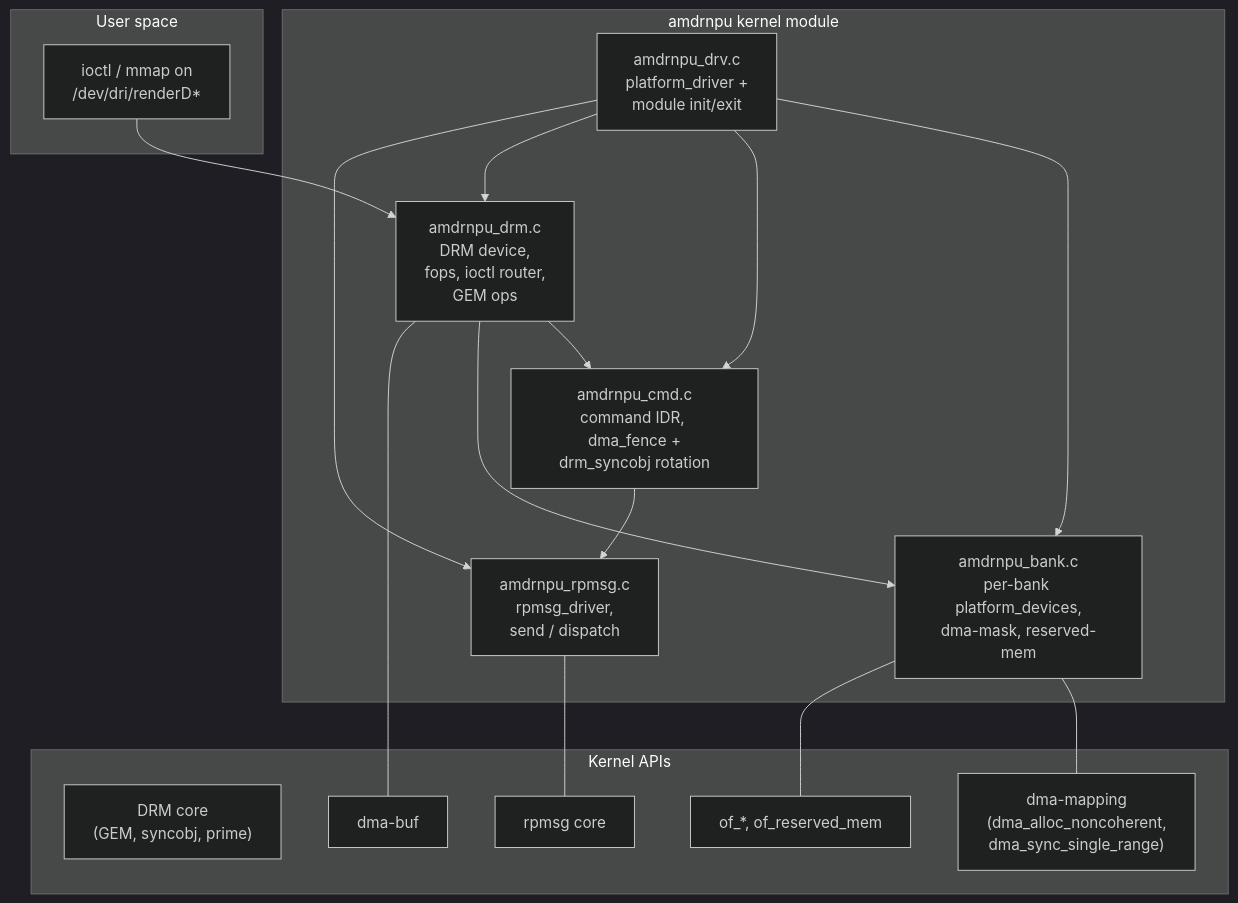
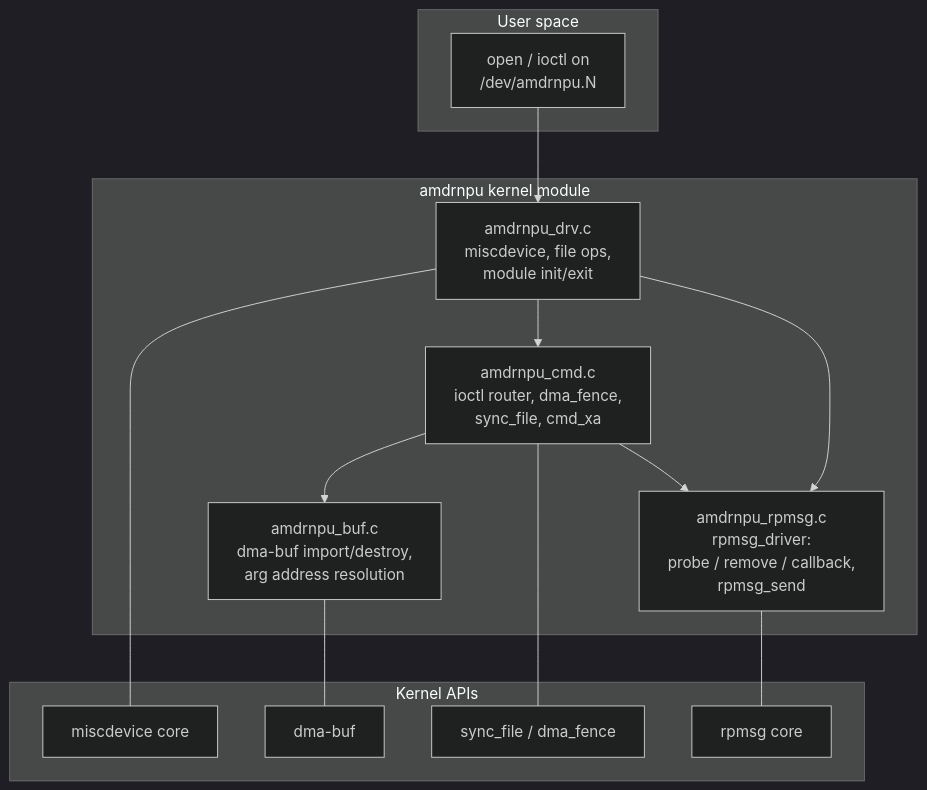
One commit to Xilinx/amdrnpu changed the second of 3 diagrams in docs/architecture.md. Above: the diagram before and after it, drawn with Mermaid (dark theme). The commit also changed other lines of this file and 11 other files, not shown here.

````diff
--- a/docs/architecture.md
+++ b/docs/architecture.md
@@ -61,35 +73,30 @@
 ```mermaid
 flowchart TB
     subgraph User["User space"]
-        FOPS["ioctl / mmap on<br/>/dev/dri/renderD*"]
+        FOPS["open / ioctl on<br/>/dev/amdrnpu.N"]
     end
 
     subgraph TESS["amdrnpu kernel module"]
-        DRV["amdrnpu_drv.c<br/>platform_driver +<br/>module init/exit"]
-        DRM["amdrnpu_drm.c<br/>DRM device,<br/>fops, ioctl router,<br/>GEM ops"]
-        BANK["amdrnpu_bank.c<br/>per-bank platform_devices,<br/>dma-mask, reserved-mem"]
-        CMD["amdrnpu_cmd.c<br/>command IDR, dma_fence +<br/>drm_syncobj rotation"]
-        RPMSG["amdrnpu_rpmsg.c<br/>rpmsg_driver,<br/>send / dispatch"]
+        DRV["amdrnpu_drv.c<br/>miscdevice, file ops,<br/>module init/exit"]
+        RPMSG["amdrnpu_rpmsg.c<br/>rpmsg_driver:<br/>probe / remove / callback,<br/>rpmsg_send"]
+        CMD["amdrnpu_cmd.c<br/>ioctl router, dma_fence,<br/>sync_file, cmd_xa"]
+        BUF["amdrnpu_buf.c<br/>dma-buf import/destroy,<br/>arg address resolution"]
     end
 
     subgraph KAPI["Kernel APIs"]
-        DRMCORE["DRM core<br/>(GEM, syncobj, prime)"]
+        MISCC["miscdevice core"]
         DMABUF["dma-buf"]
-        DMA["dma-mapping<br/>(dma_alloc_noncoherent,<br/>dma_sync_single_range)"]
+        SYNCF["sync_file / dma_fence"]
         RPMSGC["rpmsg core"]
-        OF["of_*, of_reserved_mem"]
     end
 
-    FOPS --> DRM
-    DRV --> BANK
+    FOPS --> DRV
     DRV --> CMD
-    DRV --> DRM
     DRV --> RPMSG
-    DRM --> CMD
-    DRM --> BANK
+    CMD --> BUF
     CMD --> RPMSG
-    DRM --- DMABUF
-    BANK --- DMA
-    BANK --- OF
+    CMD --- SYNCF
+    BUF --- DMABUF
+    DRV --- MISCC
     RPMSG --- RPMSGC
 ```
````
